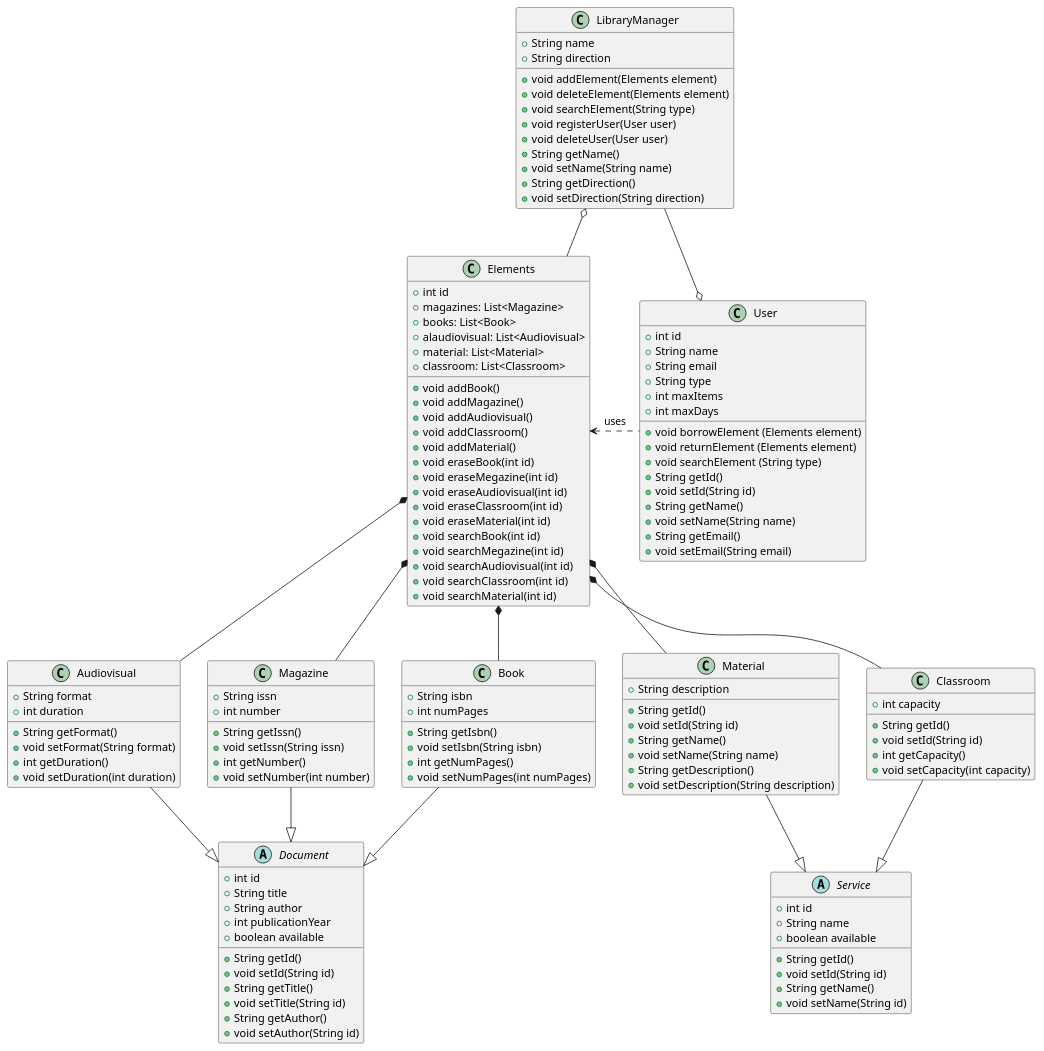
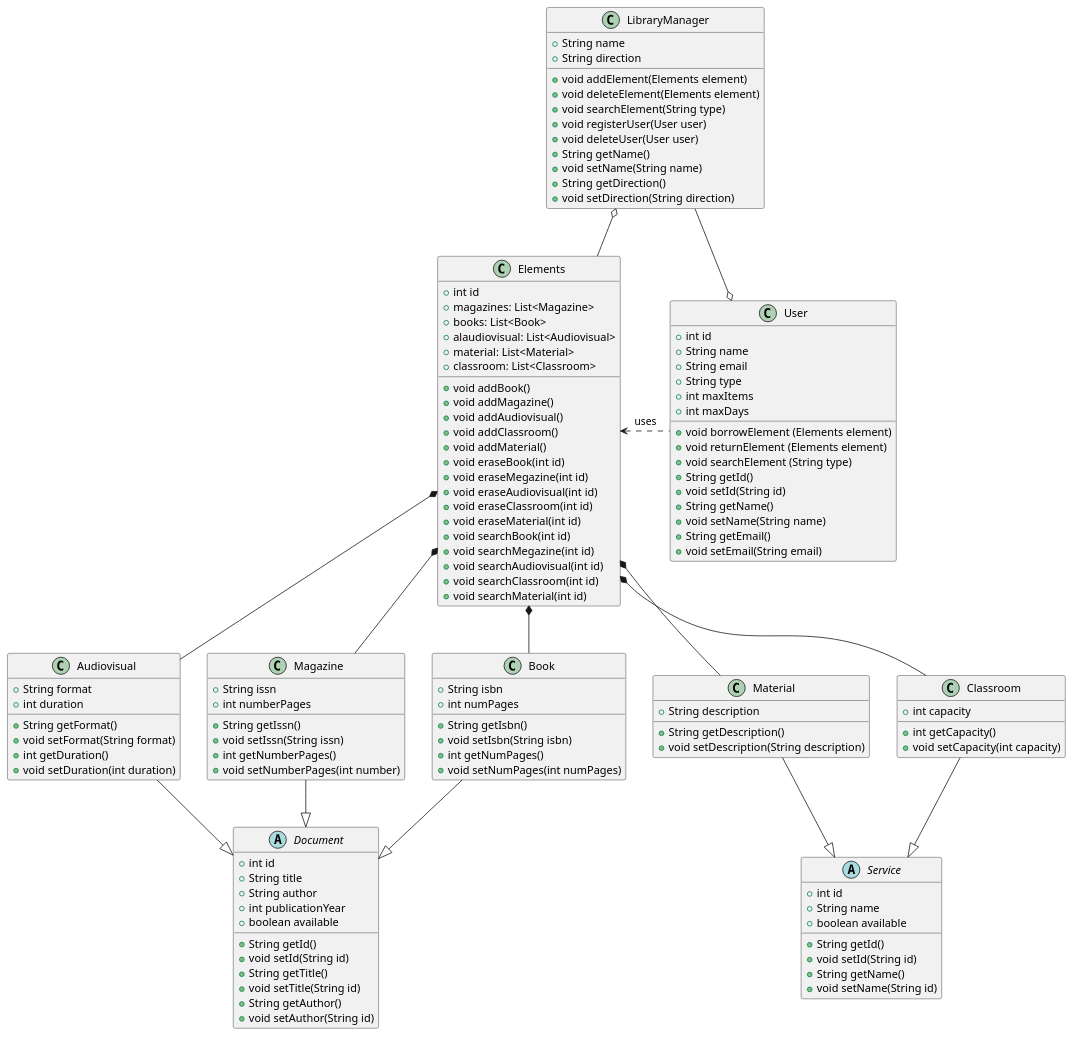
The diagram in modelosUML/DiagramaDeClases.puml (sara-patino/24-25-IdSw2-SDD), drawn with PlantUML before and after one commit. The commit also changed 11 other files, not shown here.

```diff
--- a/modelosUML/DiagramaDeClases.puml
+++ b/modelosUML/DiagramaDeClases.puml
@@ -1,143 +1,137 @@
 @startuml
 
 LibraryManager o-- Elements
 LibraryManager --o User
 Elements <.right. User : uses
 Elements *-- Book
 Elements *-- Magazine
 Elements *-- Material
 Elements *-- Classroom
 Elements *-- Audiovisual
 Service <|-up- Classroom
 Service <|-up- Material
 Document <|-up- Book
 Document <|-up- Magazine
 Document <|-up- Audiovisual
 
 class Material {
     +String description
-    +String getId()
-    +void setId(String id)
-    +String getName()
-    +void setName(String name)
     +String getDescription()
     +void setDescription(String description)
 }
 
 class Elements {
     +int id
     +magazines: List<Magazine> 
     +books: List<Book> 
     +alaudiovisual: List<Audiovisual>
     +material: List<Material>
     +classroom: List<Classroom>
     +void addBook()
     +void addMagazine()
     +void addAudiovisual()
     +void addClassroom()
     +void addMaterial()
     +void eraseBook(int id)
     +void eraseMegazine(int id)
     +void eraseAudiovisual(int id)
     +void eraseClassroom(int id)
     +void eraseMaterial(int id)
     +void searchBook(int id)
     +void searchMegazine(int id)
     +void searchAudiovisual(int id)
     +void searchClassroom(int id)
     +void searchMaterial(int id)
 }
 
 abstract class Document {
     +int id
     +String title
     +String author
     +int publicationYear
     +boolean available
     +String getId()
     +void setId(String id)
     +String getTitle()
     +void setTitle(String id)
     +String getAuthor()
     +void setAuthor(String id)
     
 }
 
 class User {
     +int id
     +String name
     +String email
     +String type
     +int maxItems
     +int maxDays
     +void borrowElement (Elements element)
     +void returnElement (Elements element)
     +void searchElement (String type)
     +String getId()
     +void setId(String id)
     +String getName()
     +void setName(String name)
     +String getEmail()
     +void setEmail(String email)
 }
 
 class Book {
     +String isbn
     +int numPages
     +String getIsbn()
     +void setIsbn(String isbn)
     +int getNumPages()
     +void setNumPages(int numPages)
 }
 
 class Classroom {
     +int capacity
-    +String getId()
-    +void setId(String id)
     +int getCapacity()
     +void setCapacity(int capacity)
 }
 
 abstract class Service {
     +int id
     +String name
     +boolean available
     +String getId()
     +void setId(String id)
     +String getName()
     +void setName(String id)
 }
 
 class Magazine {
     +String issn
-    +int number
+    +int numberPages
     +String getIssn()
     +void setIssn(String issn)
-    +int getNumber()
-    +void setNumber(int number)
+    +int getNumberPages()
+    +void setNumberPages(int number)
 }
 
 class Audiovisual {
     +String format
     +int duration
     +String getFormat()
     +void setFormat(String format)
     +int getDuration()
     +void setDuration(int duration)
 }
 
 class LibraryManager {
     +String name
     +String direction
     +void addElement(Elements element)
     +void deleteElement(Elements element)
     +void searchElement(String type)
     +void registerUser(User user)
     +void deleteUser(User user)
     +String getName()
     +void setName(String name)
     +String getDirection()
     +void setDirection(String direction)
 }
 
 @enduml
```
